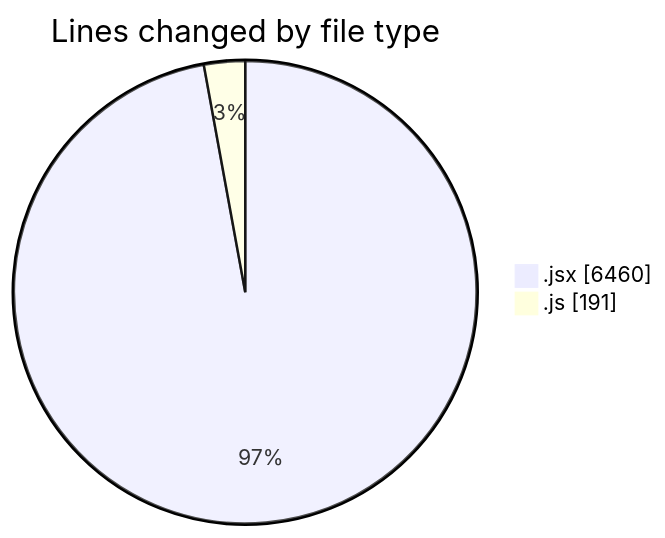
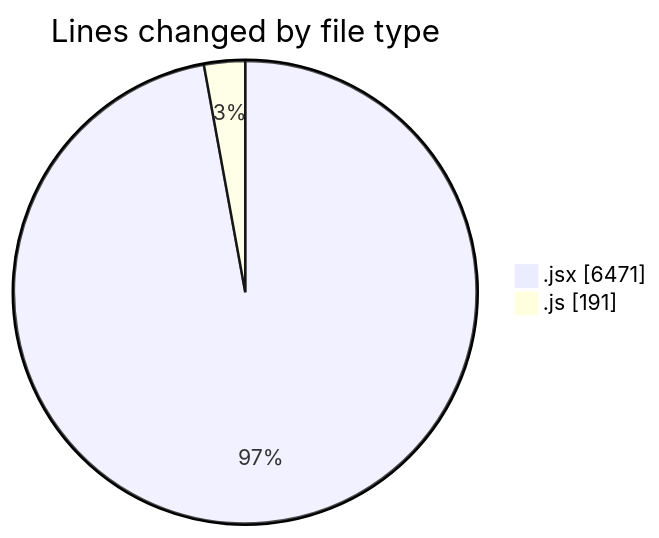
Before and after one commit to nxtqubesakshisongat/code-tracking: the first of 2 diagrams in 2025-06-21/nxtqube_webapp/README.md, drawn with Mermaid. The commit also changed other lines of this file and 1 other file, not shown here.

````diff
--- a/2025-06-21/nxtqube_webapp/README.md
+++ b/2025-06-21/nxtqube_webapp/README.md
@@ -27,6 +27,6 @@
 ```mermaid
 pie showData
 title Lines changed by file type
-".jsx" : 6460
+".jsx" : 6471
 ".js" : 191
 ```
````
